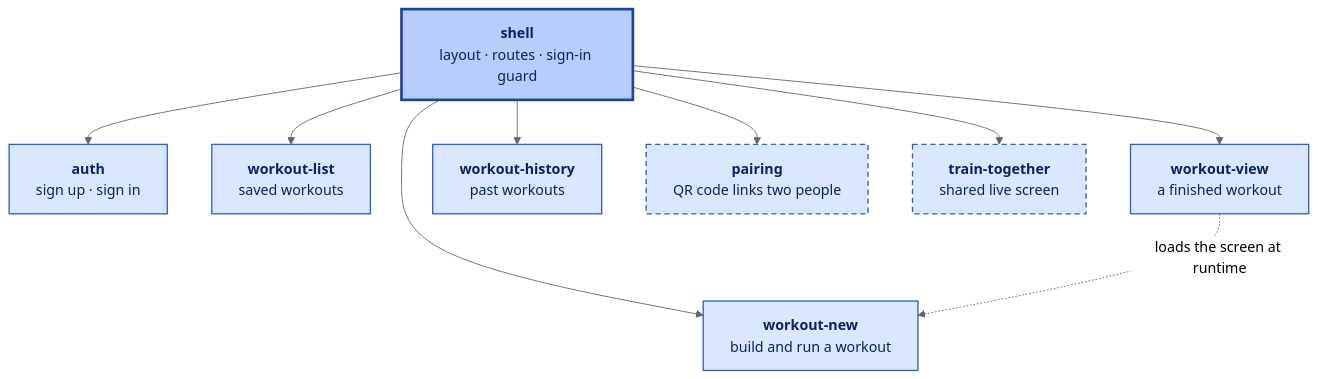
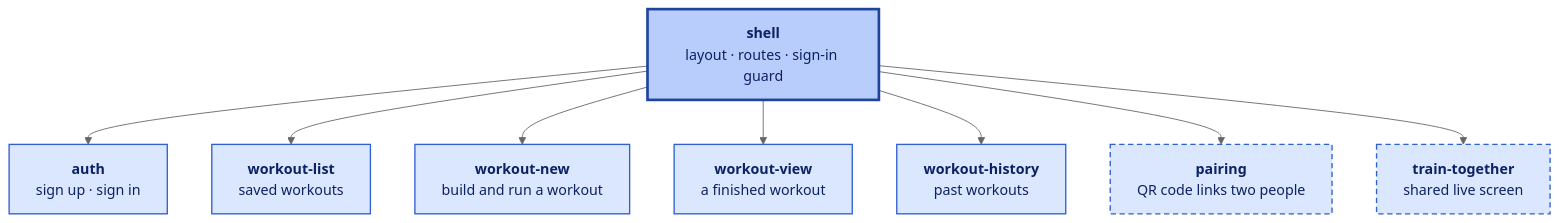
The second of 3 diagrams in README.md (abnersn/WorkoutTracker), drawn with Mermaid (neutral theme) before and after one commit. The commit also changed other lines of this file and 44 other files, not shown here.

````diff
--- a/README.md
+++ b/README.md
@@ -42,19 +42,18 @@
 ```mermaid
 flowchart TB
   shell["<b>shell</b><br/>layout · routes · sign-in guard"]
   shell --> auth["<b>auth</b><br/>sign up · sign in"]
   shell --> list["<b>workout-list</b><br/>saved workouts"]
   shell --> new["<b>workout-new</b><br/>build and run a workout"]
   shell --> view["<b>workout-view</b><br/>a finished workout"]
   shell --> history["<b>workout-history</b><br/>past workouts"]
-  view -.->|"loads the screen at runtime"| new
   shell --> pairing["<b>pairing</b><br/>QR code links two people"]
   shell --> together["<b>train-together</b><br/>shared live screen"]
 
   classDef host fill:#b8cdfb,stroke:#1f449e,stroke-width:3px,color:#0b2263
   classDef front fill:#dbe7ff,stroke:#2f5fd0,stroke-width:1.5px,color:#0b2263
   classDef bonus fill:#dbe7ff,stroke:#2f5fd0,stroke-width:1.5px,stroke-dasharray:6 4,color:#0b2263
   class shell host
   class auth,list,new,view,history front
   class pairing,together bonus
 ```
````
